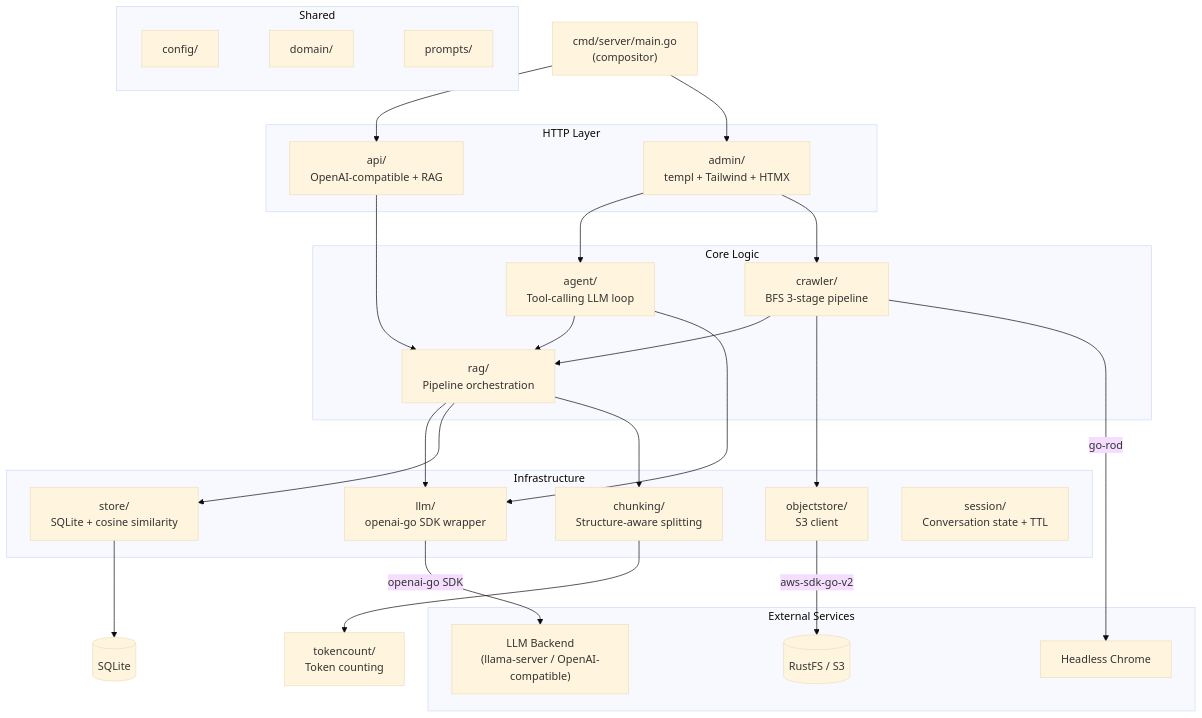
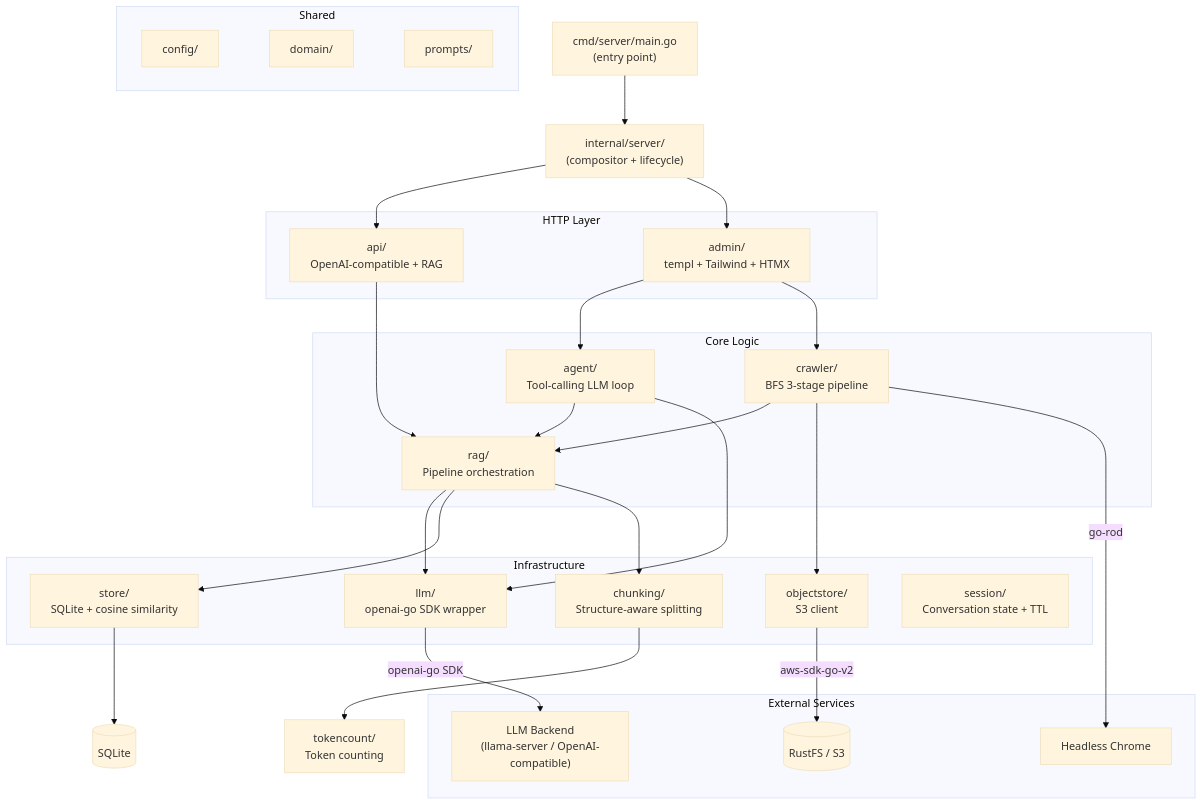
The first of 8 diagrams in docs/diagrams.md (klnstprx/etsi-rag), drawn with Mermaid (base theme) before and after one commit. The commit also changed other lines of this file and 3 other files, not shown here.

````diff
--- a/docs/diagrams.md
+++ b/docs/diagrams.md
@@ -5,54 +5,56 @@
 ```mermaid
 graph TD
-    Main["cmd/server/main.go<br/>(compositor)"]
+    Main["cmd/server/main.go<br/>(entry point)"]
+    Server["internal/server/<br/>(compositor + lifecycle)"]
 
-    Main --> API & Admin
+    Main --> Server
+    Server --> API & Admin
 
     subgraph HTTP["HTTP Layer"]
         API["api/<br/>OpenAI-compatible + RAG"]
         Admin["admin/<br/>templ + Tailwind + HTMX"]
     end
 
     API --> RAG
     Admin --> Agent & Crawler
 
     subgraph Core["Core Logic"]
         Agent["agent/<br/>Tool-calling LLM loop"]
         RAG["rag/<br/>Pipeline orchestration"]
         Crawler["crawler/<br/>BFS 3-stage pipeline"]
     end
 
     Agent --> RAG
     Crawler --> RAG
 
     RAG --> LLMPkg & Store & Chunking
     Agent --> LLMPkg
     Crawler --> ObjStore
 
     subgraph Infra["Infrastructure"]
         LLMPkg["llm/<br/>openai-go SDK wrapper"]
         Store["store/<br/>SQLite + cosine similarity"]
         ObjStore["objectstore/<br/>S3 client"]
         Session["session/<br/>Conversation state + TTL"]
         Chunking["chunking/<br/>Structure-aware splitting"]
     end
 
     Chunking --> TokenCount["tokencount/<br/>Token counting"]
 
     LLMPkg -->|"openai-go SDK"| LLM
     Store --> SQLite
     ObjStore -->|"aws-sdk-go-v2"| S3
     Crawler -->|"go-rod"| Chrome
 
     subgraph External["External Services"]
         LLM["LLM Backend<br/>(llama-server / OpenAI-compatible)"]
         S3[("RustFS / S3")]
         Chrome["Headless Chrome"]
     end
 
     SQLite[("SQLite")]
 
     subgraph Shared
         Config["config/"] ~~~ Domain["domain/"] ~~~ Prompts["prompts/"]
     end
 ```
````
